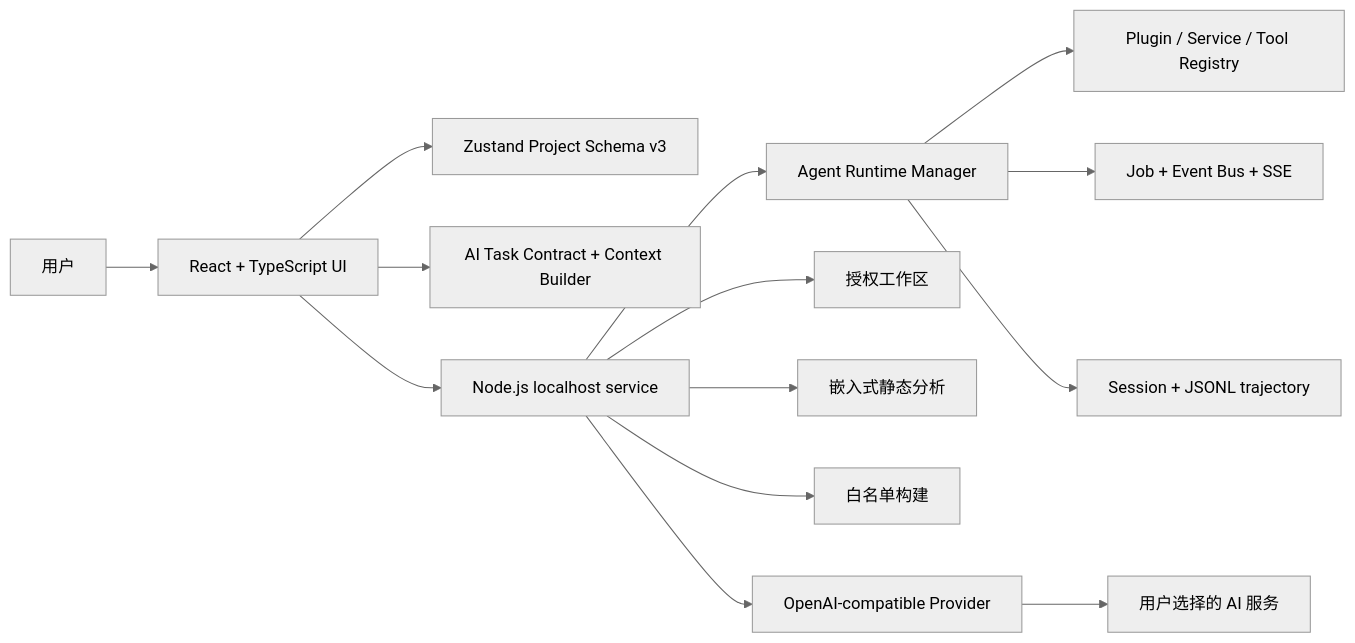
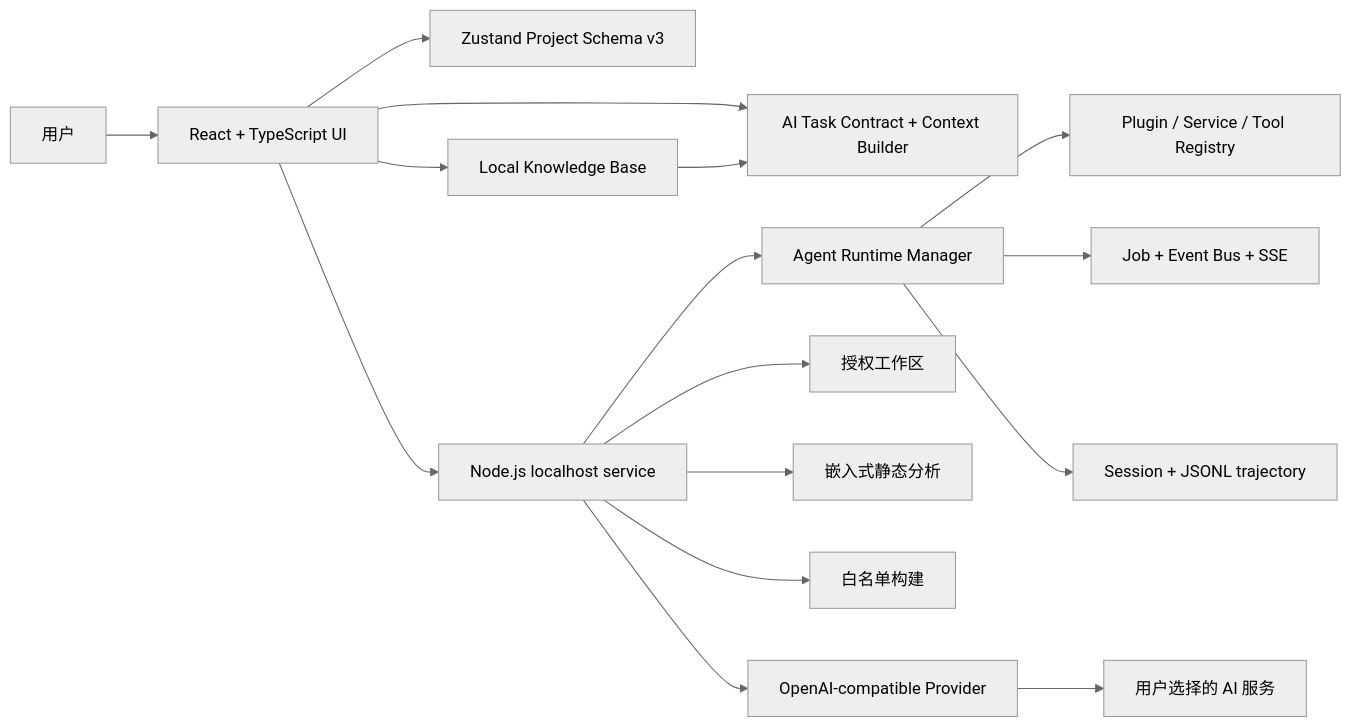
One commit to LEO-Ricardo20/MetaCore-AI changed the diagram in docs/ARCHITECTURE.md. Above: the diagram before and after it, drawn with Mermaid (neutral theme). The commit also changed other lines of this file and 28 other files, not shown here.

Commit message:
feat: add local ESP32 STM32 and teaching hardware knowledge

````diff
--- a/docs/ARCHITECTURE.md
+++ b/docs/ARCHITECTURE.md
@@ -7,16 +7,18 @@
 ```mermaid
 flowchart LR
     User[用户] --> UI[React + TypeScript UI]
     UI --> Store[Zustand Project Schema v3]
+    UI --> Knowledge[Local Knowledge Base]
     UI --> AIFlow[AI Task Contract + Context Builder]
+    Knowledge --> AIFlow
     UI --> Local[Node.js localhost service]
     Local --> Agent[Agent Runtime Manager]
     Agent --> Registry[Plugin / Service / Tool Registry]
     Agent --> Jobs[Job + Event Bus + SSE]
     Agent --> Sessions[Session + JSONL trajectory]
     Local --> Workspace[授权工作区]
     Local --> Analyzer[嵌入式静态分析]
     Local --> Build[白名单构建]
     Local --> Provider[OpenAI-compatible Provider]
     Provider --> ExternalAI[用户选择的 AI 服务]
 ```
````
